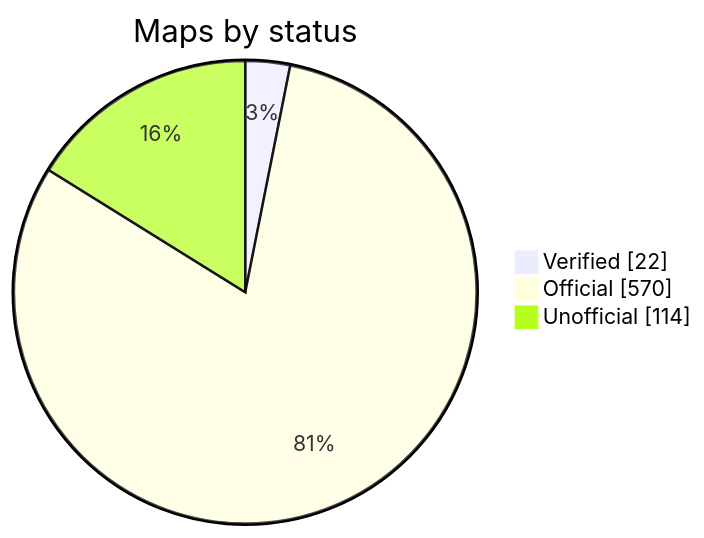
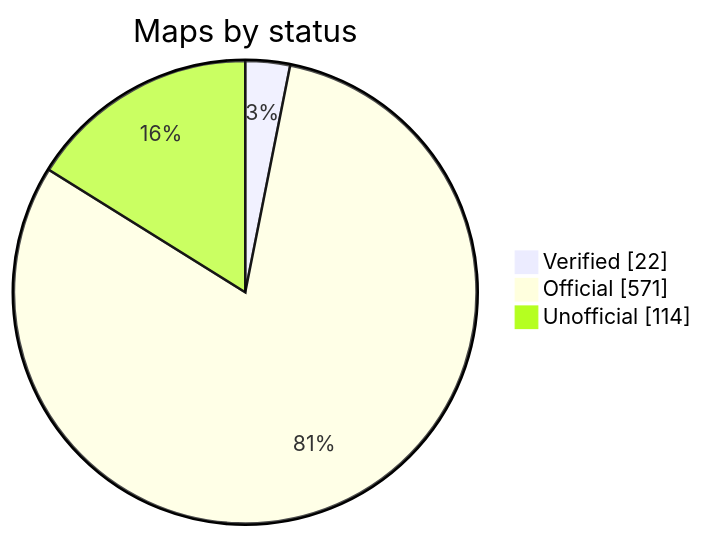
The diagram in README.md (nobrega8/mbmap-library), drawn with Mermaid before and after one commit. The commit also changed 6 other files, not shown here.

````diff
--- a/README.md
+++ b/README.md
@@ -52,7 +52,7 @@
 ```mermaid
 pie showData
     title Maps by status
     "Verified" : 22
-    "Official" : 570
+    "Official" : 571
     "Unofficial" : 114
 ```
````
